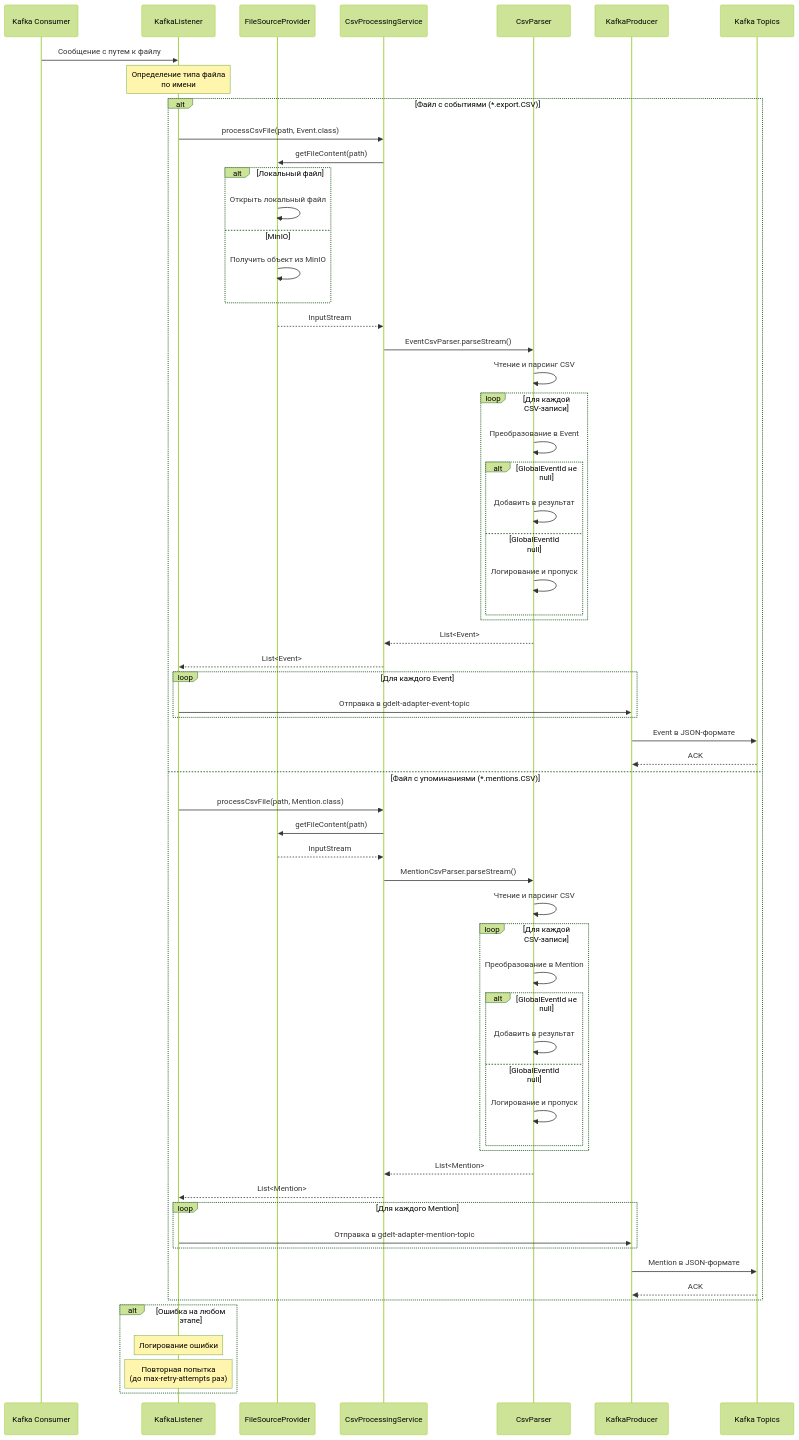
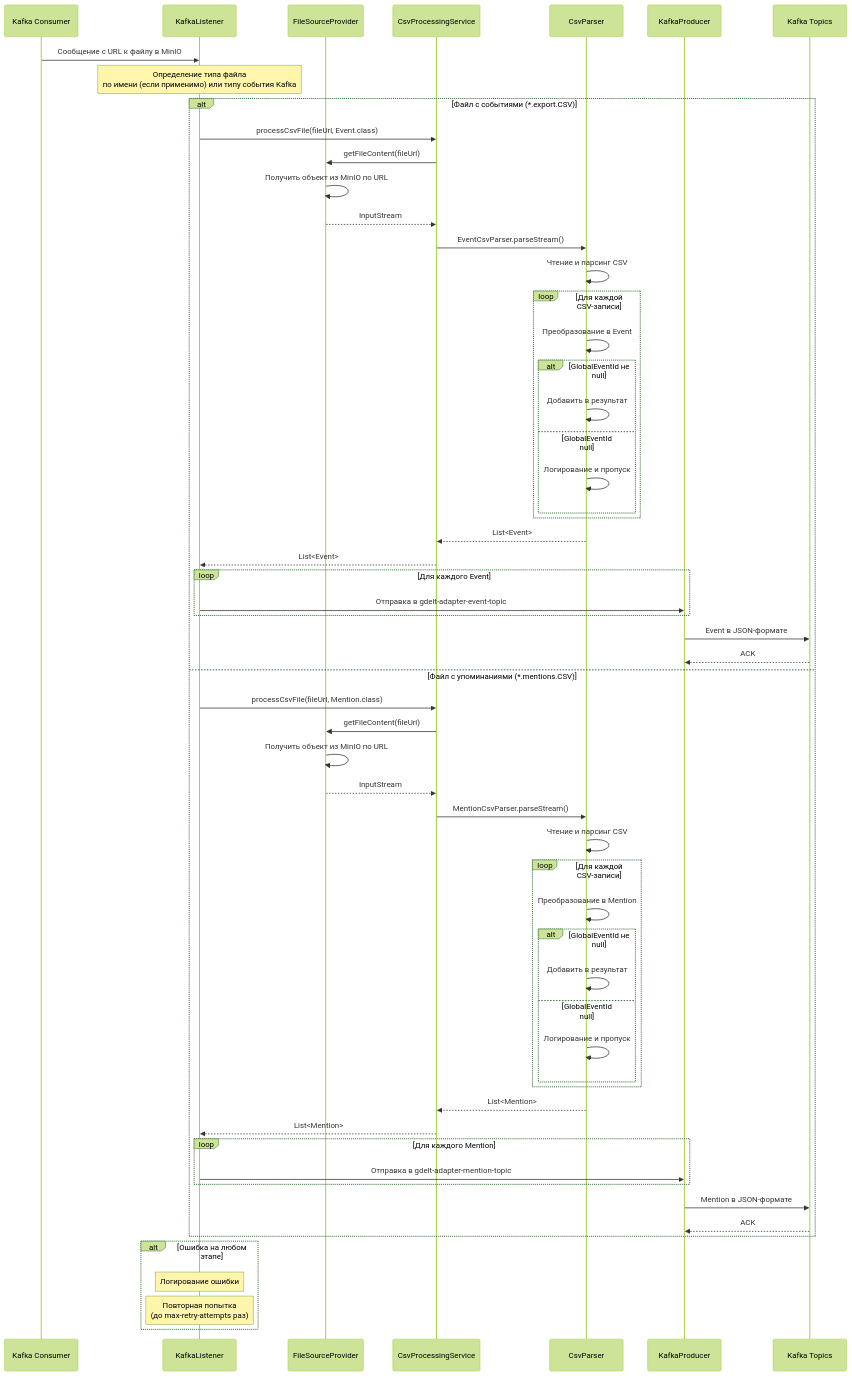
The diagram in README.md (EventMosaicProject/em-adapter), drawn with Mermaid (forest theme) before and after one commit. The commit also changed other lines of this file, not shown here.

Commit message:
[em-adapter#14]: Обновлен README

````diff
--- a/README.md
+++ b/README.md
@@ -49,74 +40,71 @@
 ```mermaid
 sequenceDiagram
     participant Kafka as Kafka Consumer
     participant Listener as KafkaListener
     participant FileProvider as FileSourceProvider
     participant CsvService as CsvProcessingService
     participant Parser as CsvParser
     participant Producer as KafkaProducer
     participant OutKafka as Kafka Topics
 
-    Kafka->>Listener: Сообщение с путем к файлу
-    Note over Listener: Определение типа файла<br>по имени
+    Kafka->>Listener: Сообщение с URL к файлу в MinIO
+    Note over Listener: Определение типа файла<br>по имени (если применимо) или типу события Kafka
 
     alt Файл с событиями (*.export.CSV)
-        Listener->>CsvService: processCsvFile(path, Event.class)
-        CsvService->>FileProvider: getFileContent(path)
-        alt Локальный файл
-            FileProvider->>FileProvider: Открыть локальный файл
-        else MinIO
-            FileProvider->>FileProvider: Получить объект из MinIO
-        end
+        Listener->>CsvService: processCsvFile(fileUrl, Event.class)
+        CsvService->>FileProvider: getFileContent(fileUrl)
+        FileProvider->>FileProvider: Получить объект из MinIO по URL
         FileProvider-->>CsvService: InputStream
         CsvService->>Parser: EventCsvParser.parseStream()
         Parser->>Parser: Чтение и парсинг CSV
         
         loop Для каждой CSV-записи
             Parser->>Parser: Преобразование в Event
             alt GlobalEventId не null
                 Parser->>Parser: Добавить в результат
             else GlobalEventId null
                 Parser->>Parser: Логирование и пропуск
             end
         end
         
         Parser-->>CsvService: List<Event>
         CsvService-->>Listener: List<Event>
         
         loop Для каждого Event
             Listener->>Producer: Отправка в gdelt-adapter-event-topic
         end
         Producer->>OutKafka: Event в JSON-формате
         OutKafka-->>Producer: ACK
         
     else Файл с упоминаниями (*.mentions.CSV)
-        Listener->>CsvService: processCsvFile(path, Mention.class)
-        CsvService->>FileProvider: getFileContent(path)
+        Listener->>CsvService: processCsvFile(fileUrl, Mention.class)
+        CsvService->>FileProvider: getFileContent(fileUrl)
+        FileProvider->>FileProvider: Получить объект из MinIO по URL
         FileProvider-->>CsvService: InputStream
         CsvService->>Parser: MentionCsvParser.parseStream()
         Parser->>Parser: Чтение и парсинг CSV
         
         loop Для каждой CSV-записи
             Parser->>Parser: Преобразование в Mention
             alt GlobalEventId не null
                 Parser->>Parser: Добавить в результат
             else GlobalEventId null
                 Parser->>Parser: Логирование и пропуск
             end
         end
         
         Parser-->>CsvService: List<Mention>
         CsvService-->>Listener: List<Mention>
         
         loop Для каждого Mention
             Listener->>Producer: Отправка в gdelt-adapter-mention-topic
         end
         Producer->>OutKafka: Mention в JSON-формате
         OutKafka-->>Producer: ACK
     end
     
     alt Ошибка на любом этапе
         Note over Listener: Логирование ошибки
         Note over Listener: Повторная попытка<br>(до max-retry-attempts раз)
     end
 ```
````
